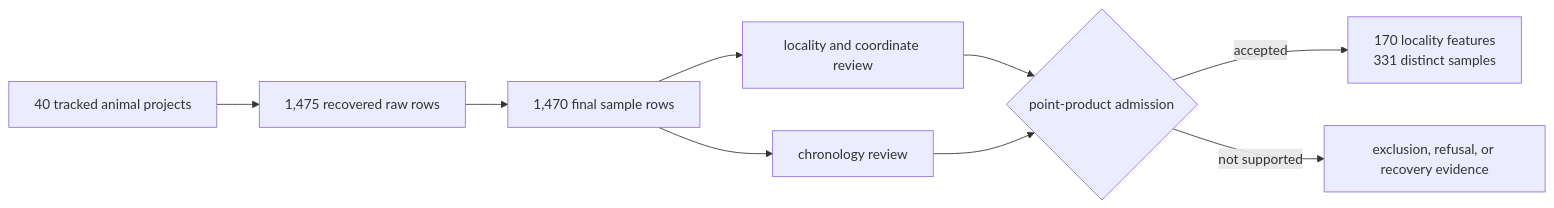
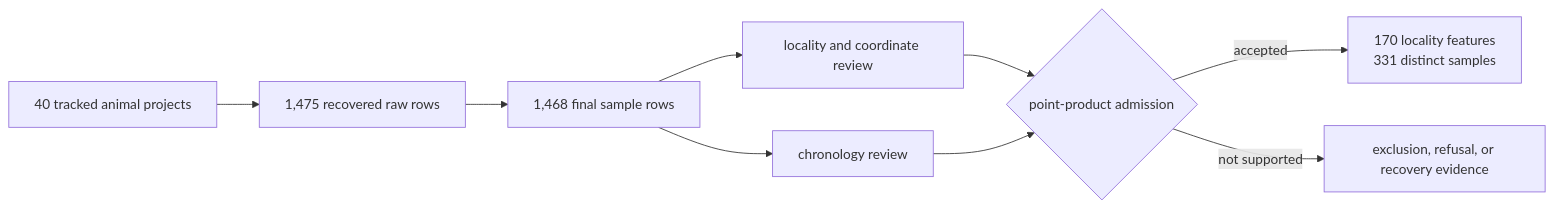
Before and after one commit to bijux/bijux-pollenomics: the fifth of 7 diagrams in docs/public/pollenomics/index.md, drawn with Mermaid. The commit also changed other lines of this file and 16 other files, not shown here.

Commit message:
docs(adna): reconcile final sample claims with governed foundation

````diff
--- a/docs/public/pollenomics/index.md
+++ b/docs/public/pollenomics/index.md
@@ -209,11 +209,11 @@
 ```mermaid
 flowchart LR
     Project["40 tracked animal projects"] --> Raw["1,475 recovered raw rows"]
-    Raw --> Sample["1,470 final sample rows"]
+    Raw --> Sample["1,468 final sample rows"]
     Sample --> Place["locality and coordinate review"]
     Sample --> Time["chronology review"]
     Place --> Admission{"point-product admission"}
     Time --> Admission
     Admission -->|accepted| Point["170 locality features<br/>331 distinct samples"]
     Admission -->|not supported| VisibleGap["exclusion, refusal, or recovery evidence"]
 ```
````
